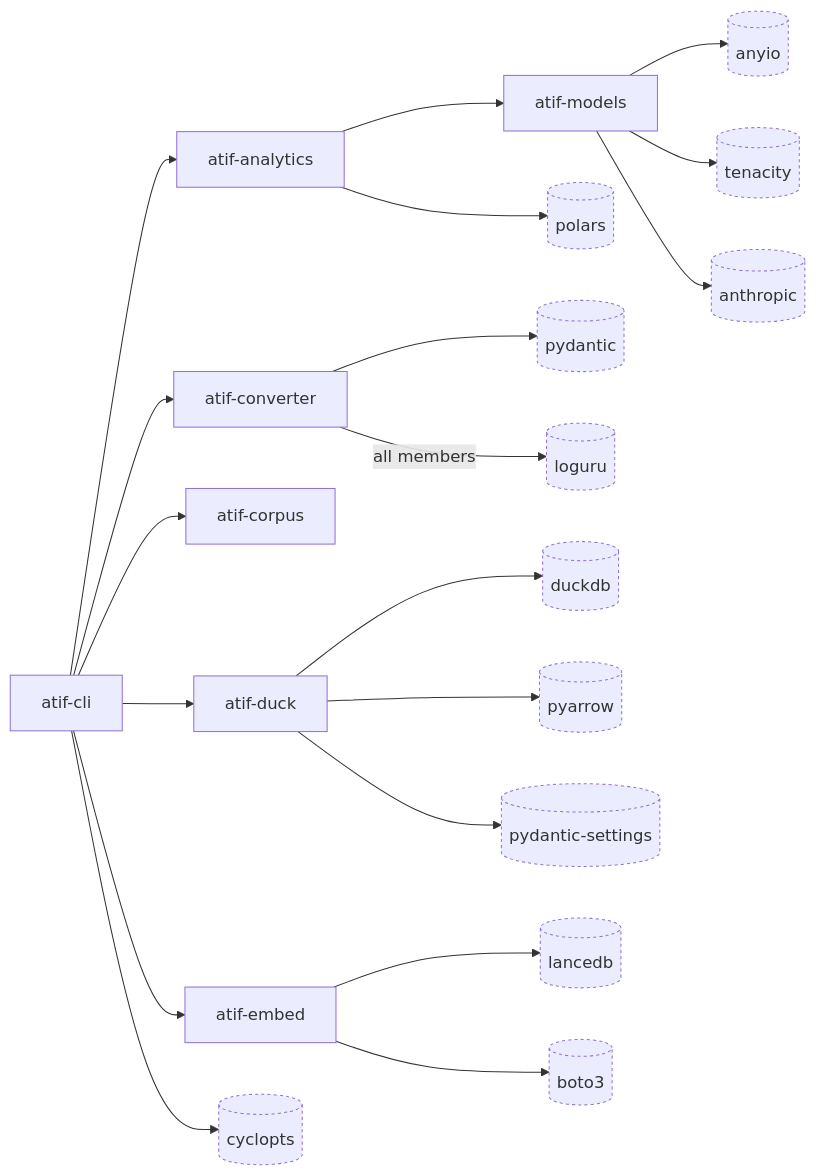
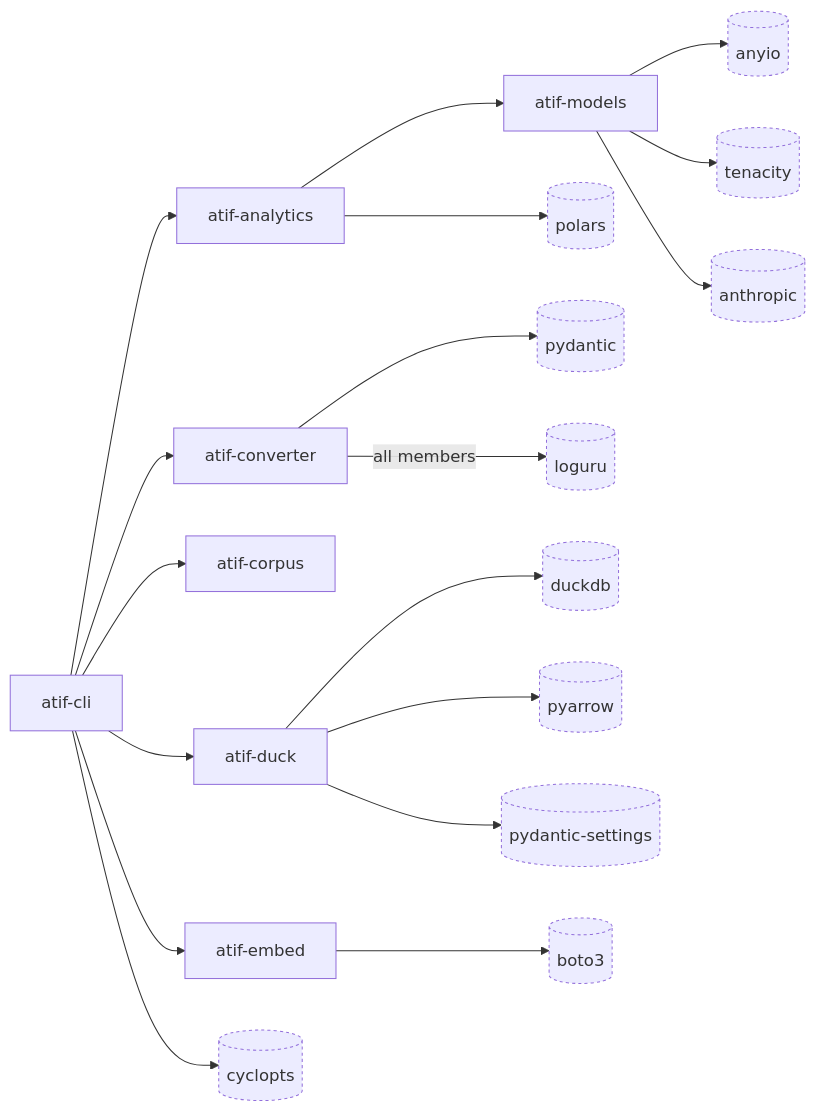
The diagram in docs/diagrams/structural/dependency-graph.md (laithalsaadoon/atif-sql), drawn with Mermaid before and after one commit. The commit also changed other lines of this file and 27 other files, not shown here.

````diff
--- a/docs/diagrams/structural/dependency-graph.md
+++ b/docs/diagrams/structural/dependency-graph.md
@@ -16,45 +16,43 @@
 ```mermaid
 flowchart LR
     cli[atif-cli]
     analytics[atif-analytics]
     converter[atif-converter]
     corpus[atif-corpus]
     duck[atif-duck]
     embed[atif-embed]
     models[atif-models]
 
     loguru[(loguru)]:::external
     polars[(polars)]:::external
     pydantic[(pydantic)]:::external
     duckdb[(duckdb)]:::external
     pydsettings[(pydantic-settings)]:::external
     tenacity[(tenacity)]:::external
     pyarrow[(pyarrow)]:::external
-    lancedb[(lancedb)]:::external
     anyio[(anyio)]:::external
     cyclopts[(cyclopts)]:::external
     boto3[(boto3)]:::external
     anthropic[(anthropic)]:::external
 
     cli --> analytics
     cli --> converter
     cli --> corpus
     cli --> duck
     cli --> embed
     analytics --> models
 
     cli --> cyclopts
     converter --> pydantic
     duck --> duckdb
     converter -->|all members| loguru
     analytics --> polars
     duck --> pyarrow
-    embed --> lancedb
     duck --> pydsettings
     embed --> boto3
     models --> anyio
     models --> tenacity
     models --> anthropic
 
     classDef external stroke-dasharray: 3 3
 ```
````
